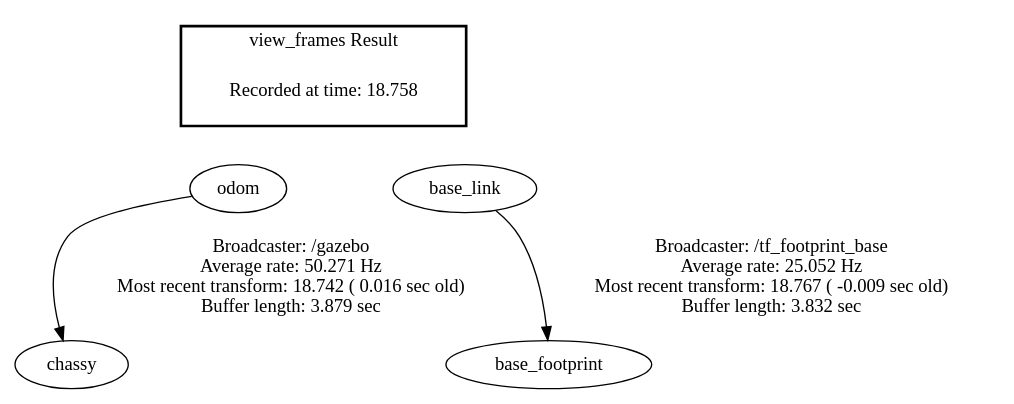
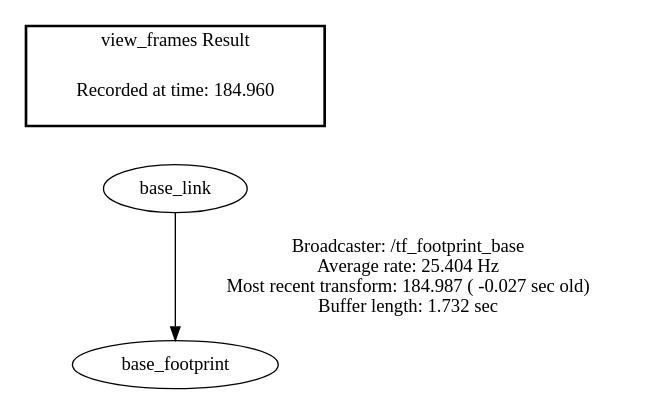
The diagram in launch/frames.gv (JayashankaAnushan19/pde4430_cw2_robot_description), drawn with Graphviz before and after one commit. The commit also changed 19 other files, not shown here.

```diff
--- a/launch/frames.gv
+++ b/launch/frames.gv
@@ -1,12 +1,7 @@
 digraph G {
-"odom" -> "chassy"[label="Broadcaster: /gazebo\nAverage rate: 50.271 Hz\nMost recent transform: 18.742 ( 0.016 sec old)\nBuffer length: 3.879 sec\n"];
-"base_link" -> "base_footprint"[label="Broadcaster: /tf_footprint_base\nAverage rate: 25.052 Hz\nMost recent transform: 18.767 ( -0.009 sec old)\nBuffer length: 3.832 sec\n"];
+"base_link" -> "base_footprint"[label="Broadcaster: /tf_footprint_base\nAverage rate: 25.404 Hz\nMost recent transform: 184.987 ( -0.027 sec old)\nBuffer length: 1.732 sec\n"];
 edge [style=invis];
  subgraph cluster_legend { style=bold; color=black; label ="view_frames Result";
-"Recorded at time: 18.758"[ shape=plaintext ] ;
- }->"odom";
-edge [style=invis];
- subgraph cluster_legend { style=bold; color=black; label ="view_frames Result";
-"Recorded at time: 18.758"[ shape=plaintext ] ;
+"Recorded at time: 184.960"[ shape=plaintext ] ;
  }->"base_link";
 }
```
